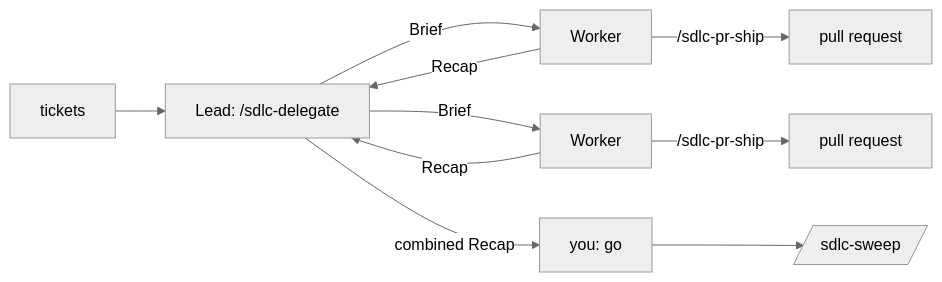
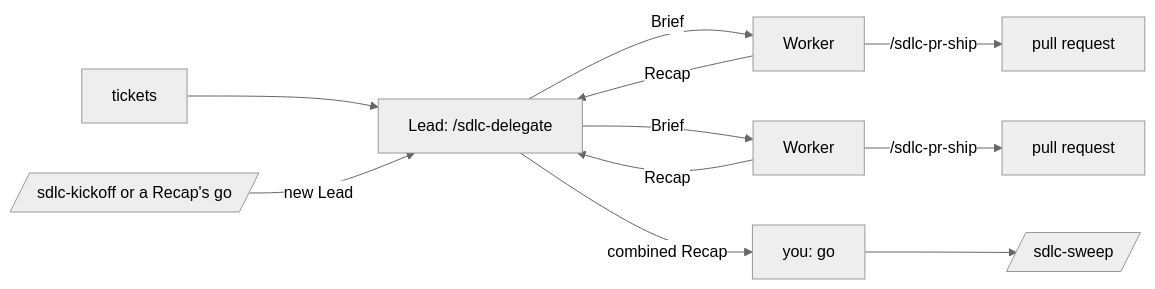
The diagram in plugins/sdlc-sessions/README.md (dominikwozniak/dw-sdlc), drawn with Mermaid (neutral theme) before and after one commit. The commit also changed other lines of this file and 25 other files, not shown here.

First line of the commit message:
feat(sessions): kick off new work in a new Lead with /sdlc-kickoff (#427)

````diff
--- a/plugins/sdlc-sessions/README.md
+++ b/plugins/sdlc-sessions/README.md
@@ -18,12 +18,13 @@
 ```mermaid
 flowchart LR
     T[tickets] --> L[Lead: /sdlc-delegate]
+    K[/sdlc-kickoff or a Recap's go/] -- new Lead --> L
     L -- Brief --> W1[Worker]
     L -- Brief --> W2[Worker]
     W1 -- /sdlc-pr-ship --> P1[pull request]
     W2 -- /sdlc-pr-ship --> P2[pull request]
     W1 -- Recap --> L
     W2 -- Recap --> L
     L -- combined Recap --> D[you: go]
     D --> S[/sdlc-sweep/]
 ```
````
